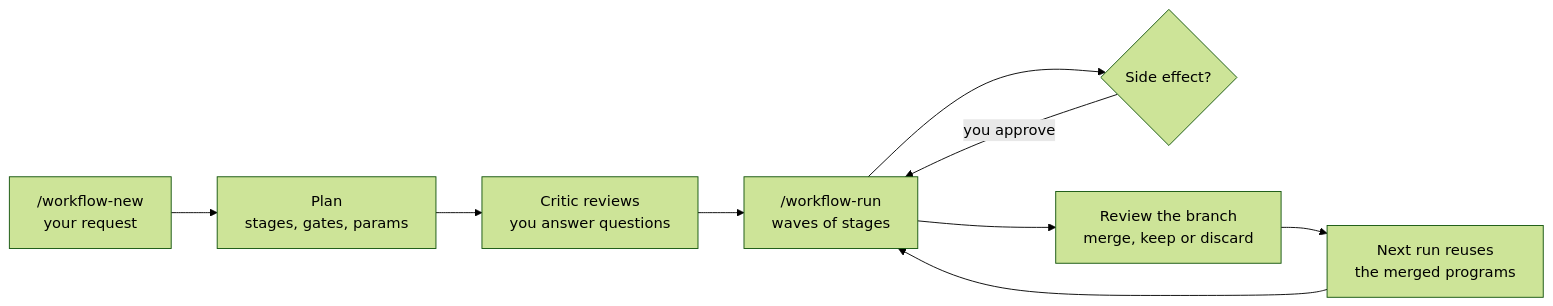
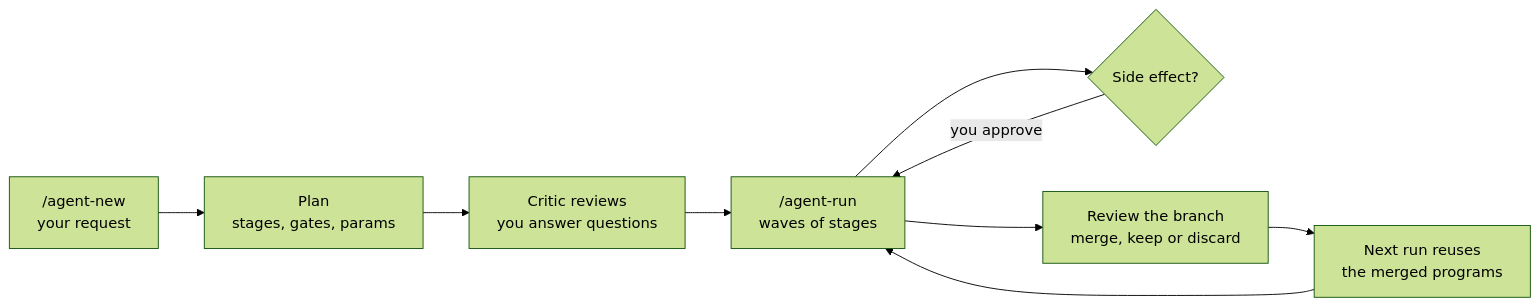
Before and after one commit to parmakmu/prometheus: the diagram in docs/how-it-works.md, drawn with Mermaid (forest theme). The commit also changed other lines of this file and 127 other files, not shown here.

````diff
--- a/docs/how-it-works.md
+++ b/docs/how-it-works.md
@@ -41,11 +41,11 @@
 ```mermaid
 flowchart LR
-    A["/workflow-new<br/>your request"] --> B["Plan<br/>stages, gates, params"]
+    A["/agent-new<br/>your request"] --> B["Plan<br/>stages, gates, params"]
     B --> C["Critic reviews<br/>you answer questions"]
-    C --> D["/workflow-run<br/>waves of stages"]
+    C --> D["/agent-run<br/>waves of stages"]
     D --> E{"Side effect?"}
     E -- "you approve" --> D
     D --> F["Review the branch<br/>merge, keep or discard"]
     F --> G["Next run reuses<br/>the merged programs"]
     G --> D
 ```
````
